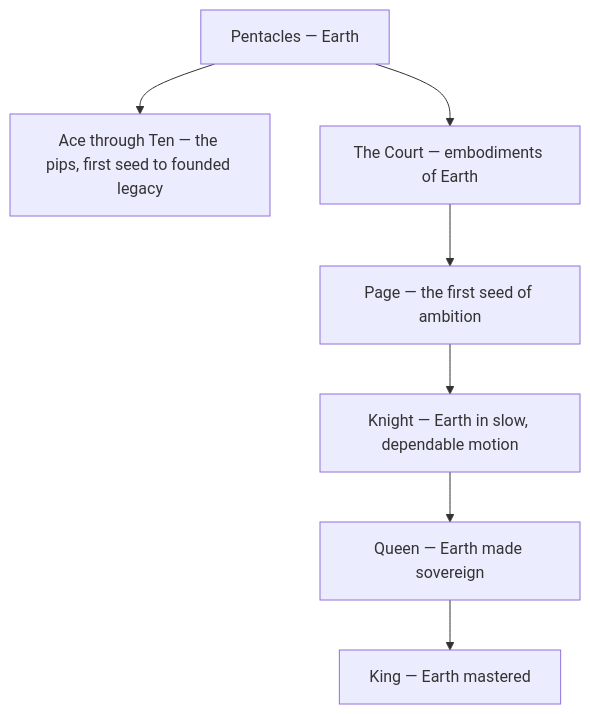
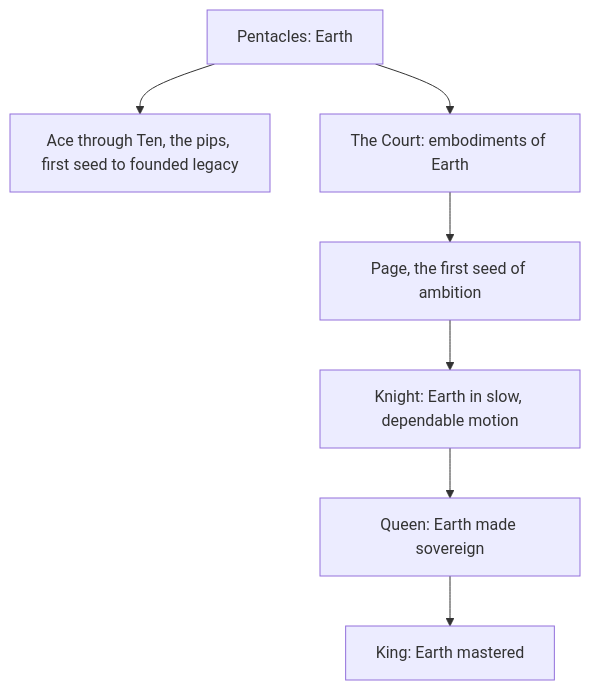
Before and after one commit to kennethreitz/kennethreitz.org: the diagram in data/knowledge/tarot/minor-arcana/pentacles.md, drawn with Mermaid. The commit also changed other lines of this file and 879 other files, not shown here.

````diff
--- a/data/knowledge/tarot/minor-arcana/pentacles.md
+++ b/data/knowledge/tarot/minor-arcana/pentacles.md
@@ -27,10 +27,10 @@
 ```mermaid
 flowchart TD
-    P["Pentacles — Earth"]
-    P --> A["Ace through Ten — the pips, first seed to founded legacy"]
-    P --> Ct["The Court — embodiments of Earth"]
-    Ct --> Pg["Page — the first seed of ambition"]
-    Pg --> K["Knight — Earth in slow, dependable motion"]
-    K --> Q["Queen — Earth made sovereign"]
-    Q --> Ki["King — Earth mastered"]
+    P["Pentacles: Earth"]
+    P --> A["Ace through Ten, the pips, first seed to founded legacy"]
+    P --> Ct["The Court: embodiments of Earth"]
+    Ct --> Pg["Page, the first seed of ambition"]
+    Pg --> K["Knight: Earth in slow, dependable motion"]
+    K --> Q["Queen: Earth made sovereign"]
+    Q --> Ki["King: Earth mastered"]
 ```
````
